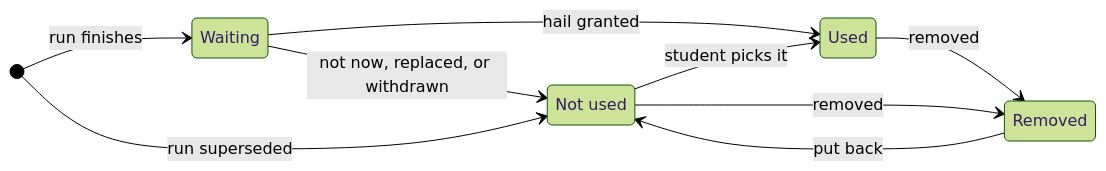
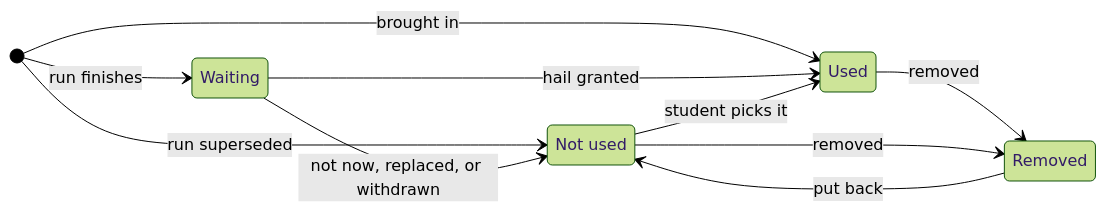
The sixth of 11 diagrams in docs/state_machines.md (richbodo/bridge-crew), drawn with Mermaid (forest theme) before and after one commit. The commit also changed other lines of this file and 56 other files, not shown here.

````diff
--- a/docs/state_machines.md
+++ b/docs/state_machines.md
@@ -307,13 +313,14 @@
 ```mermaid
 stateDiagram-v2
   direction LR
   state "Not used" as NotUsed
   [*] --> Waiting: run finishes
   [*] --> NotUsed: run superseded
+  [*] --> Used: brought in
   Waiting --> Used: hail granted
   Waiting --> NotUsed: not now, replaced, or withdrawn
   NotUsed --> Used: student picks it
   Used --> Removed: removed
   NotUsed --> Removed: removed
   Removed --> NotUsed: put back
 ```
````
